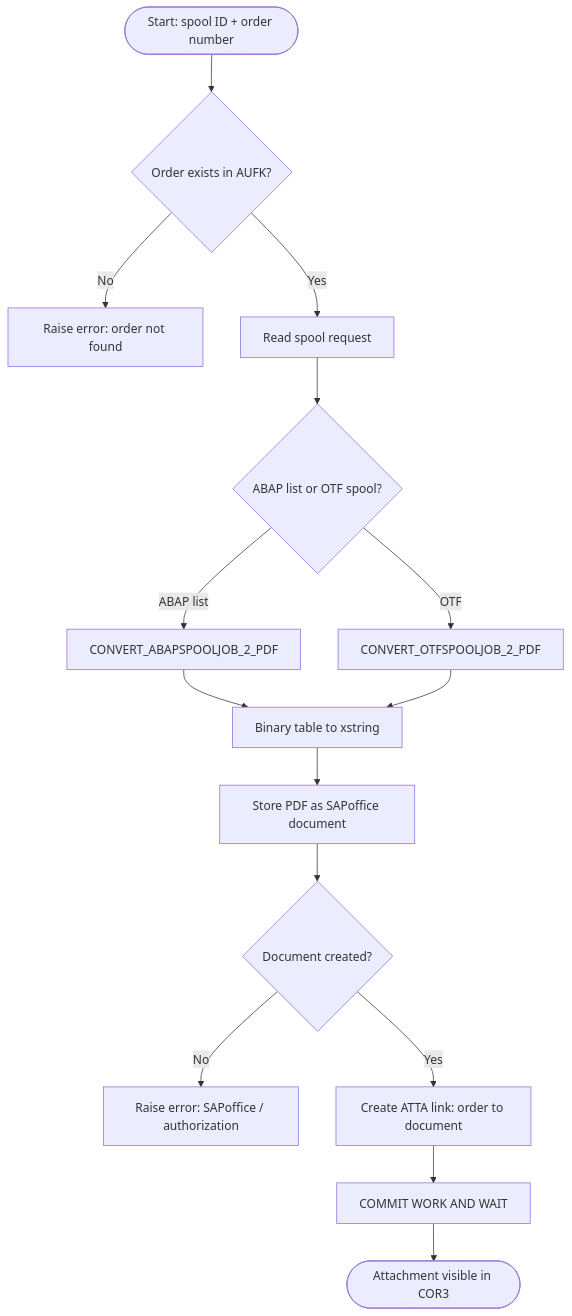
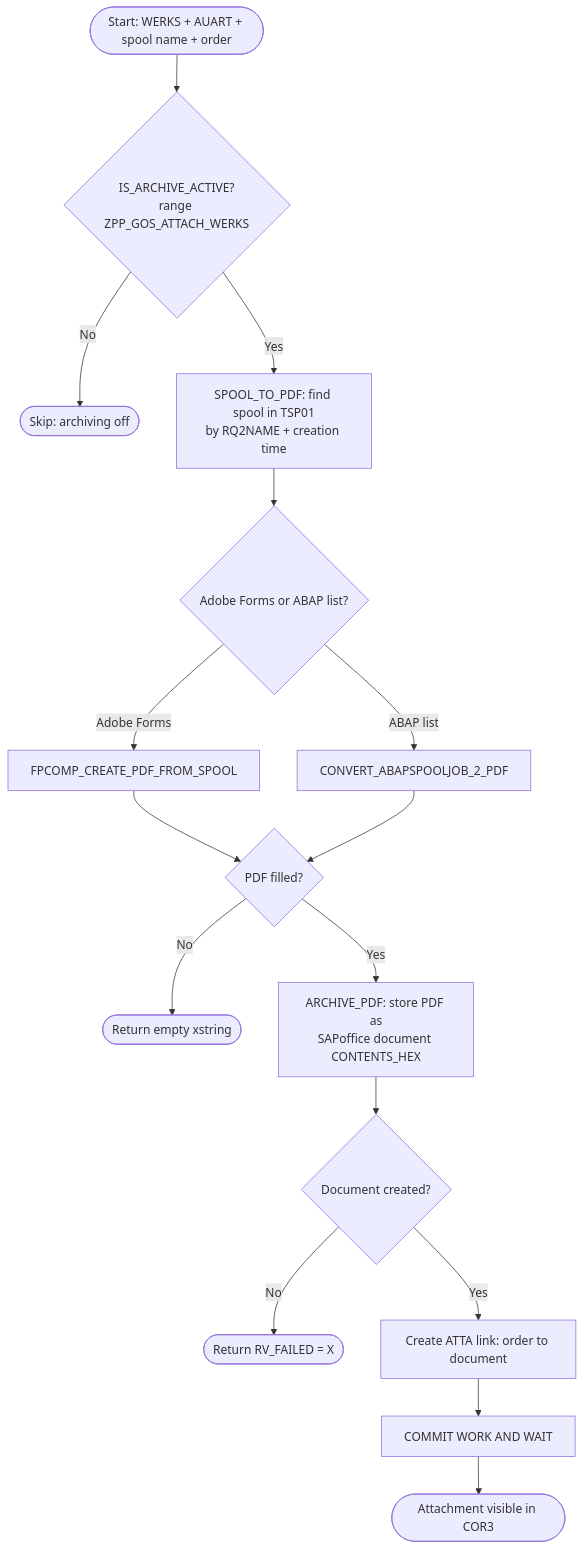
Before and after one commit to edmilson-nascimento/gos-order: the diagram in README.md, drawn with Mermaid. The commit also changed other lines of this file and 1 other file, not shown here.

Commit message:
Refactor GOS archiving process: Implement local class for archiving, enhance spool to PDF conversion, and streamline attachment to process orders. Add checks for archiving activation based on plant and order type.

````diff
--- a/README.md
+++ b/README.md
@@ -35,17 +37,18 @@
 ```mermaid
 flowchart TD
-    A([Start: spool ID + order number]) --> B{Order exists in AUFK?}
-    B -- No --> E1[Raise error: order not found]
-    B -- Yes --> C[Read spool request]
-    C --> C2{ABAP list or OTF spool?}
-    C2 -- ABAP list --> D[CONVERT_ABAPSPOOLJOB_2_PDF]
-    C2 -- OTF --> D2[CONVERT_OTFSPOOLJOB_2_PDF]
-    D --> F[Binary table to xstring]
+    A([Start: WERKS + AUART + spool name + order]) --> B{IS_ARCHIVE_ACTIVE?<br/>range ZPP_GOS_ATTACH_WERKS}
+    B -- No --> Z([Skip: archiving off])
+    B -- Yes --> C[SPOOL_TO_PDF: find spool in TSP01<br/>by RQ2NAME + creation time]
+    C --> C2{Adobe Forms or ABAP list?}
+    C2 -- Adobe Forms --> D[FPCOMP_CREATE_PDF_FROM_SPOOL]
+    C2 -- ABAP list --> D2[CONVERT_ABAPSPOOLJOB_2_PDF]
+    D --> F{PDF filled?}
     D2 --> F
-    F --> G[Store PDF as SAPoffice document]
+    F -- No --> E1([Return empty xstring])
+    F -- Yes --> G[ARCHIVE_PDF: store PDF as<br/>SAPoffice document CONTENTS_HEX]
     G --> H{Document created?}
-    H -- No --> E2[Raise error: SAPoffice / authorization]
+    H -- No --> E2([Return RV_FAILED = X])
     H -- Yes --> I[Create ATTA link: order to document]
     I --> J[COMMIT WORK AND WAIT]
     J --> K([Attachment visible in COR3])
 ```
````
